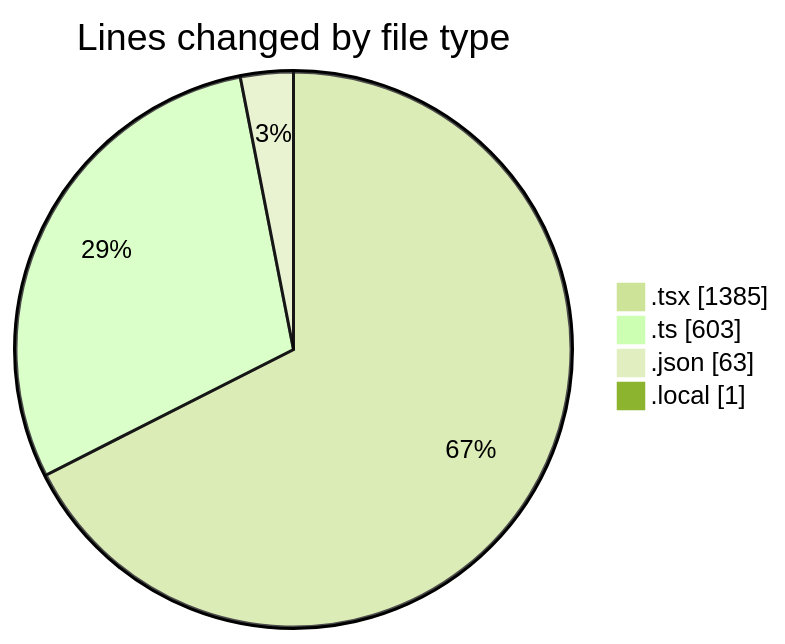
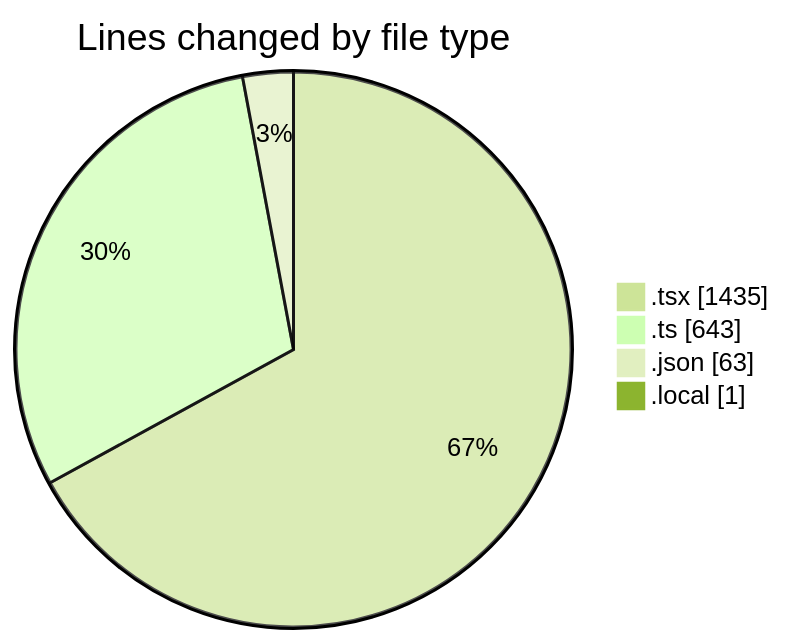
The first of 2 diagrams in 2025-10-21/eventscop-frontend-guide__workspace_/README.md (julien-gomy/code-tracking), drawn with Mermaid (forest theme) before and after one commit. The commit also changed other lines of this file and 1 other file, not shown here.

````diff
--- a/2025-10-21/eventscop-frontend-guide__workspace_/README.md
+++ b/2025-10-21/eventscop-frontend-guide__workspace_/README.md
@@ -43,8 +43,8 @@
 ```mermaid
 pie showData
 title Lines changed by file type
-".tsx" : 1385
-".ts" : 603
+".tsx" : 1435
+".ts" : 643
 ".json" : 63
 ".local" : 1
 ```
````
